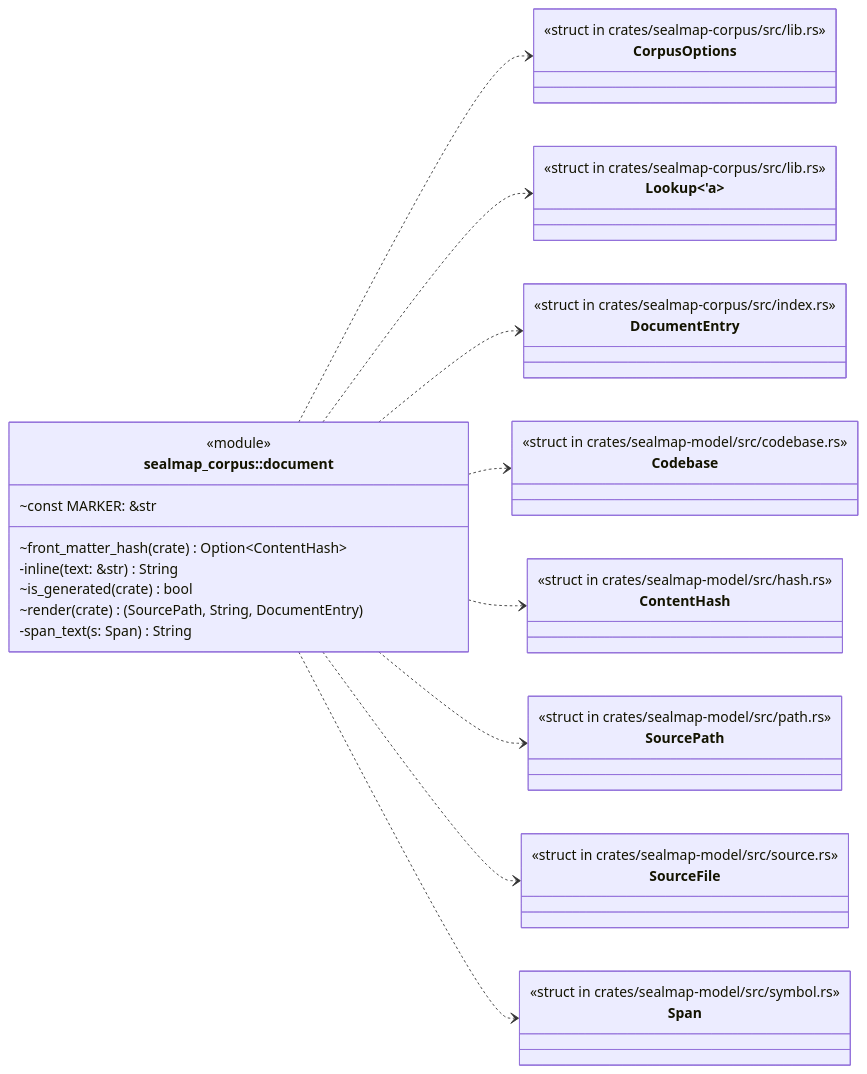
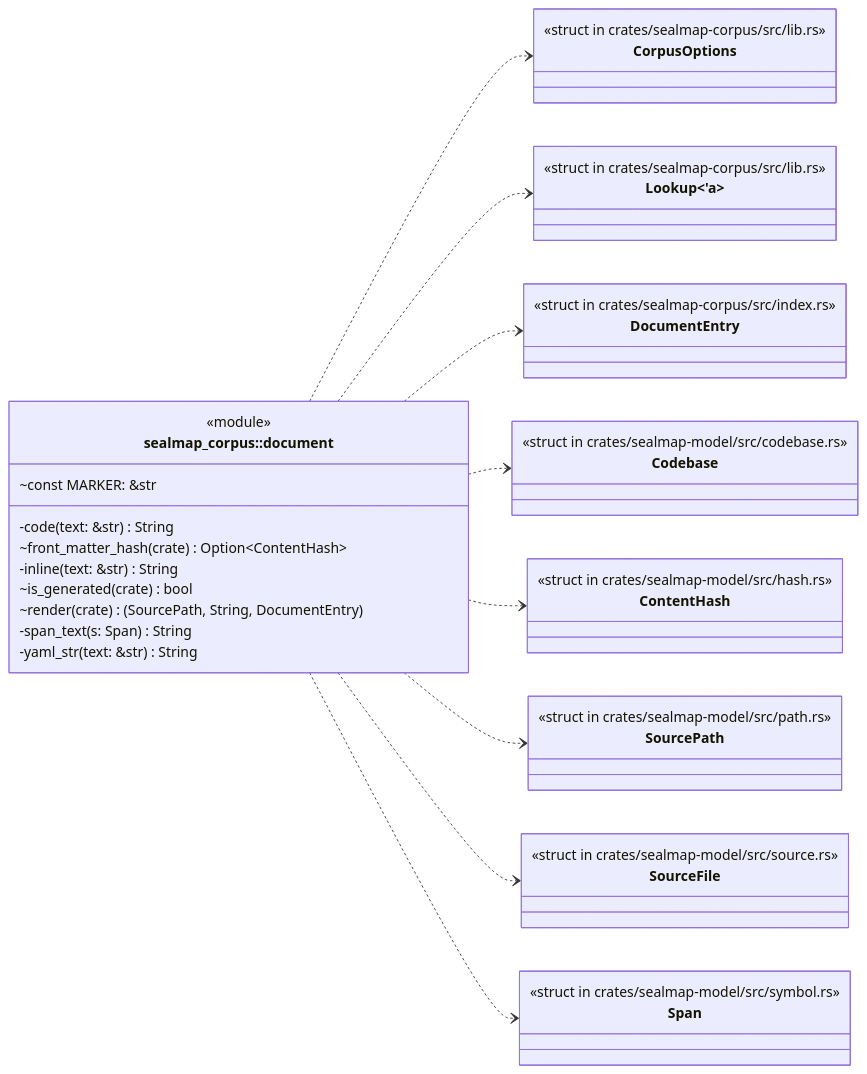
One commit to DreamLab-AI/codemaid changed the first of 4 diagrams in docs/sealmap/crates/sealmap-corpus/src/document.rs.md. Above: the diagram before and after it, drawn with Mermaid. The commit also changed other lines of this file and 45 other files, not shown here.

First line of the commit message:
docs: regenerate the self-corpus for sym: ids and schema v2

````diff
--- a/docs/sealmap/crates/sealmap-corpus/src/document.rs.md
+++ b/docs/sealmap/crates/sealmap-corpus/src/document.rs.md
@@ -14,45 +14,47 @@
 ```mermaid
 classDiagram
   direction LR
   class sealmap_corpus__document["sealmap_corpus::document"] {
     <<module>>
     ~const MARKER: &str
+    -code(text: &str) String
     ~front_matter_hash(crate) Option#lt;ContentHash#gt;
     -inline(text: &str) String
     ~is_generated(crate) bool
     ~render(crate) #40;SourcePath, String, DocumentEntry#41;
     -span_text(s: Span) String
+    -yaml_str(text: &str) String
   }
-  class sealmap_corpus__CorpusOptions["CorpusOptions"] {
+  class sealmap_corpus___tCorpusOptions["CorpusOptions"] {
     <<struct in crates/sealmap-corpus/src/lib.rs>>
   }
-  class sealmap_corpus__Lookup["Lookup#lt;'a#gt;"] {
+  class sealmap_corpus___tLookup["Lookup#lt;'a#gt;"] {
     <<struct in crates/sealmap-corpus/src/lib.rs>>
   }
-  class sealmap_corpus__index__DocumentEntry["DocumentEntry"] {
+  class sealmap_corpus__index___tDocumentEntry["DocumentEntry"] {
     <<struct in crates/sealmap-corpus/src/index.rs>>
   }
-  class sealmap_model__codebase__Codebase["Codebase"] {
+  class sealmap_model__codebase___tCodebase["Codebase"] {
     <<struct in crates/sealmap-model/src/codebase.rs>>
   }
-  class sealmap_model__hash__ContentHash["ContentHash"] {
+  class sealmap_model__hash___tContentHash["ContentHash"] {
     <<struct in crates/sealmap-model/src/hash.rs>>
   }
-  class sealmap_model__path__SourcePath["SourcePath"] {
+  class sealmap_model__path___tSourcePath["SourcePath"] {
     <<struct in crates/sealmap-model/src/path.rs>>
   }
-  class sealmap_model__source__SourceFile["SourceFile"] {
+  class sealmap_model__source___tSourceFile["SourceFile"] {
     <<struct in crates/sealmap-model/src/source.rs>>
   }
-  class sealmap_model__symbol__Span["Span"] {
+  class sealmap_model__symbol___tSpan["Span"] {
     <<struct in crates/sealmap-model/src/symbol.rs>>
   }
-  sealmap_corpus__document ..> sealmap_corpus__CorpusOptions
-  sealmap_corpus__document ..> sealmap_corpus__Lookup
-  sealmap_corpus__document ..> sealmap_corpus__index__DocumentEntry
-  sealmap_corpus__document ..> sealmap_model__codebase__Codebase
-  sealmap_corpus__document ..> sealmap_model__hash__ContentHash
-  sealmap_corpus__document ..> sealmap_model__path__SourcePath
-  sealmap_corpus__document ..> sealmap_model__source__SourceFile
-  sealmap_corpus__document ..> sealmap_model__symbol__Span
+  sealmap_corpus__document ..> sealmap_corpus___tCorpusOptions
+  sealmap_corpus__document ..> sealmap_corpus___tLookup
+  sealmap_corpus__document ..> sealmap_corpus__index___tDocumentEntry
+  sealmap_corpus__document ..> sealmap_model__codebase___tCodebase
+  sealmap_corpus__document ..> sealmap_model__hash___tContentHash
+  sealmap_corpus__document ..> sealmap_model__path___tSourcePath
+  sealmap_corpus__document ..> sealmap_model__source___tSourceFile
+  sealmap_corpus__document ..> sealmap_model__symbol___tSpan
 ```
````
